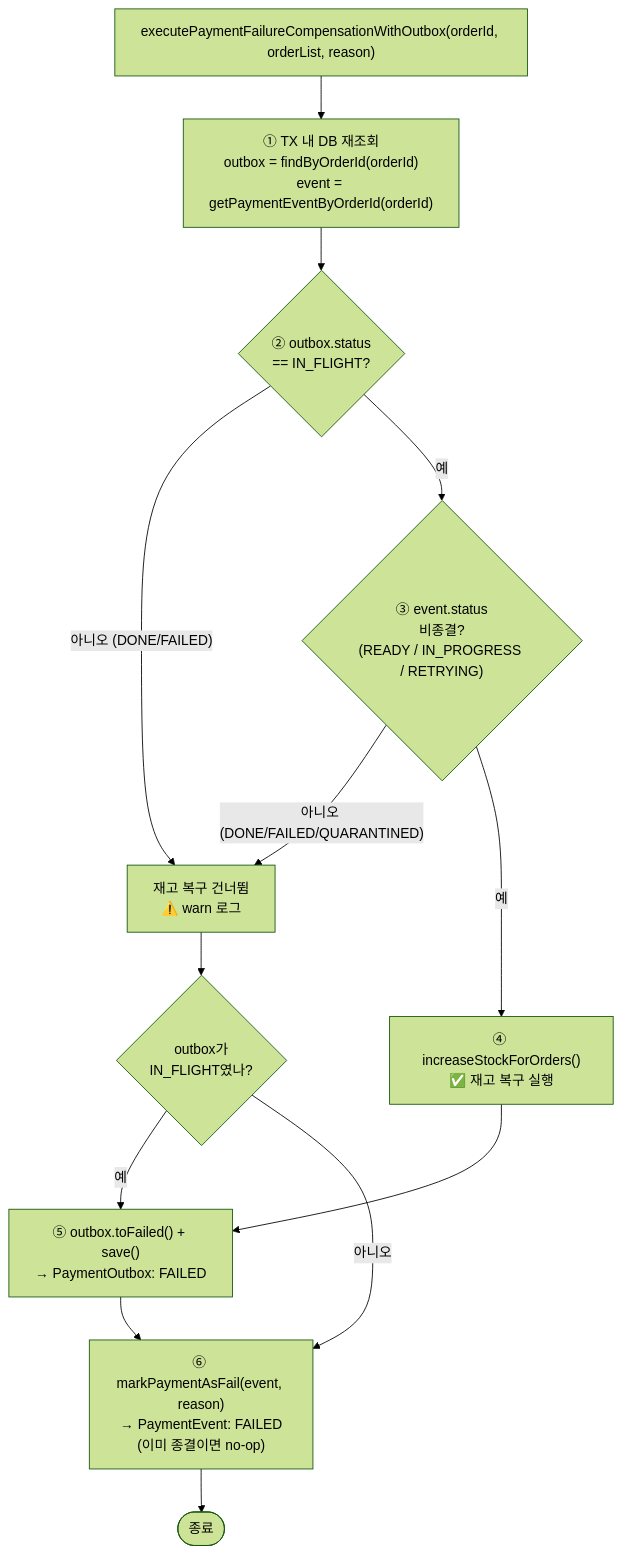
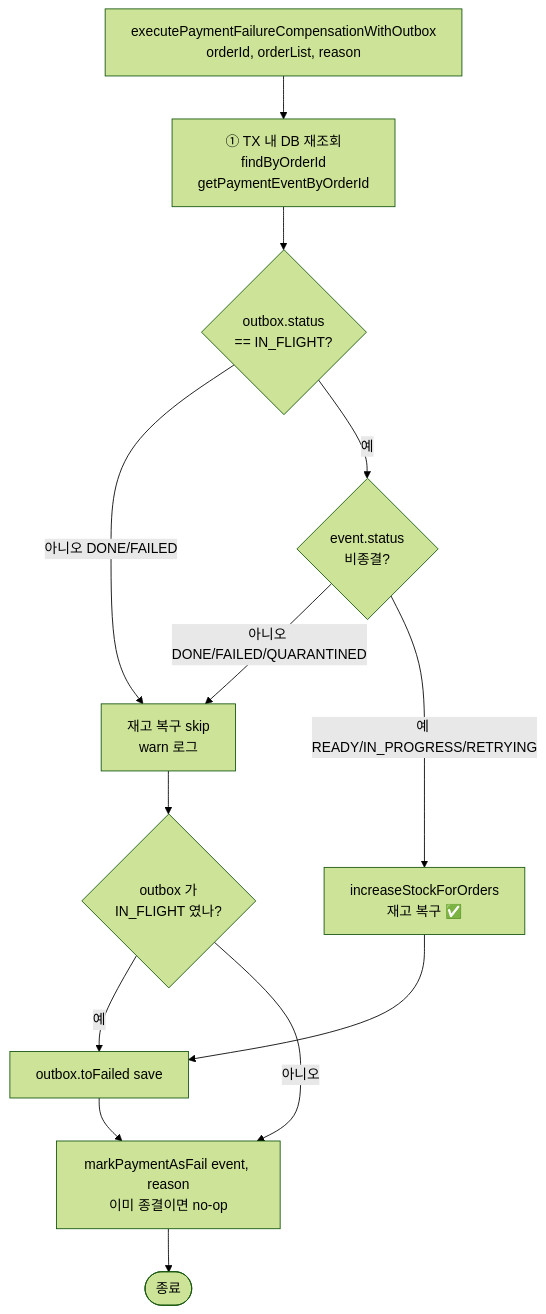
One commit to hyoguoo/payment-platform changed the ninth of 9 diagrams in docs/context/CONFIRM-FLOW-FLOWCHART.md. Above: the diagram before and after it, drawn with Mermaid (forest theme). The commit also changed other lines of this file and 14 other files, not shown here.

````diff
--- a/docs/context/CONFIRM-FLOW-FLOWCHART.md
+++ b/docs/context/CONFIRM-FLOW-FLOWCHART.md
@@ -209,21 +180,18 @@
 ```mermaid
 flowchart TD
-    START["executePaymentFailureCompensationWithOutbox(orderId, orderList, reason)"]
+    START[executePaymentFailureCompensationWithOutbox<br/>orderId, orderList, reason] --> RELOAD[① TX 내 DB 재조회<br/>findByOrderId<br/>getPaymentEventByOrderId]
 
-    START --> RELOAD["① TX 내 DB 재조회\noutbox = findByOrderId(orderId)\nevent = getPaymentEventByOrderId(orderId)"]
+    RELOAD --> CHK_OB{outbox.status<br/>== IN_FLIGHT?}
+    CHK_OB -->|아니오 DONE/FAILED| SKIP[재고 복구 skip<br/>warn 로그]
+    CHK_OB -->|예| CHK_EV{event.status<br/>비종결?}
 
-    RELOAD --> CHK_OB{"② outbox.status\n== IN_FLIGHT?"}
+    CHK_EV -->|아니오 DONE/FAILED/QUARANTINED| SKIP
+    CHK_EV -->|예 READY/IN_PROGRESS/RETRYING| RESTORE[increaseStockForOrders<br/>재고 복구 ✅]
 
-    CHK_OB -->|"아니오 (DONE/FAILED)"| SKIP["재고 복구 건너뜀\n⚠️ warn 로그"]
-    CHK_OB -->|예| CHK_EV{"③ event.status\n비종결?\n(READY / IN_PROGRESS / RETRYING)"}
-
-    CHK_EV -->|"아니오 (DONE/FAILED/QUARANTINED)"| SKIP
-    CHK_EV -->|예| RESTORE["④ increaseStockForOrders()\n✅ 재고 복구 실행"]
-
-    RESTORE --> FAIL_OB["⑤ outbox.toFailed() + save()\n→ PaymentOutbox: FAILED"]
-    SKIP --> CHK_OB2{"outbox가\nIN_FLIGHT였나?"}
+    RESTORE --> FAIL_OB[outbox.toFailed save]
+    SKIP --> CHK_OB2{outbox 가<br/>IN_FLIGHT 였나?}
     CHK_OB2 -->|예| FAIL_OB
     CHK_OB2 -->|아니오| MARK
-    FAIL_OB --> MARK["⑥ markPaymentAsFail(event, reason)\n→ PaymentEvent: FAILED\n(이미 종결이면 no-op)"]
+    FAIL_OB --> MARK[markPaymentAsFail event, reason<br/>이미 종결이면 no-op]
     MARK --> FIN([종료])
 ```
````
